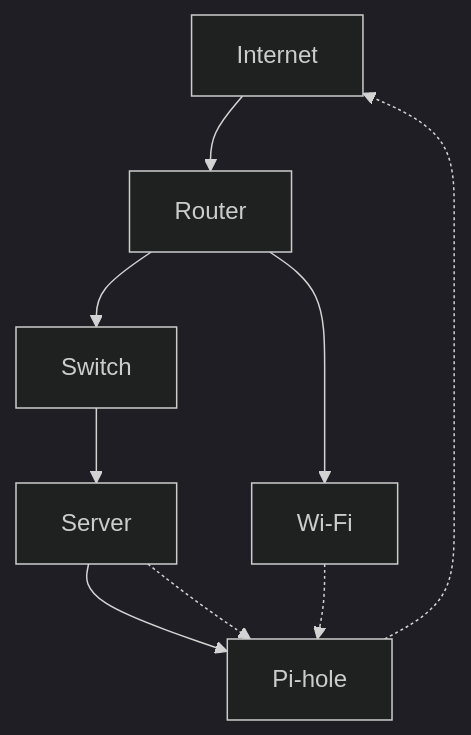
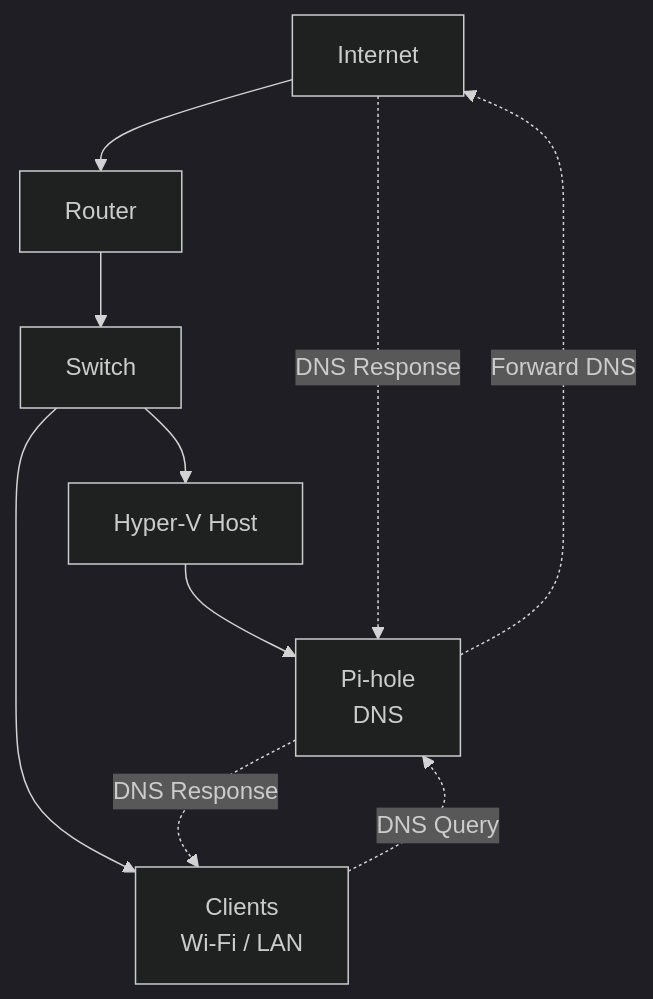
Before and after one commit to Dovidoff/Home-labs: the diagram in Pi-hole/docs/network.md, drawn with Mermaid (dark theme). The commit also changed other lines of this file, not shown here.

````diff
--- a/Pi-hole/docs/network.md
+++ b/Pi-hole/docs/network.md
@@ -2,19 +15,23 @@
 ```mermaid
-graph TD
-    I[Internet]
-    R[Router]
-    S[Switch]
-    H[Server]
-    P[Pi-hole]
-    W[Wi-Fi]
-    
-    I --> R
-    R --> S
-    R --> W
-    S --> H
-    H --> P
-    
-    W -.-> P
-    H -.-> P
-    P -.-> I
+graph TB
+    %% Layers
+    Internet[Internet]
+    Router[Router]
+    Switch[Switch]
+    Server[Hyper-V Host]
+    PiHole[Pi-hole<br/>DNS]
+    Clients[Clients<br/>Wi-Fi / LAN]
+
+    %% Physical connections (solid)
+    Internet --> Router
+    Router --> Switch
+    Switch --> Server
+    Server --> PiHole
+    Switch --> Clients
+
+    %% DNS flow (dashed, left-to-right)
+    Clients -. DNS Query .-> PiHole
+    PiHole -. Forward DNS .-> Internet
+    Internet -. DNS Response .-> PiHole
+    PiHole -. DNS Response .-> Clients
 ```
````
